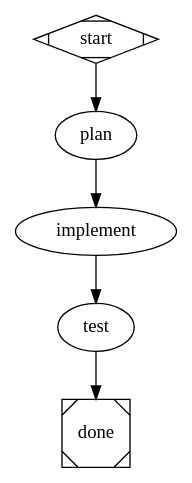
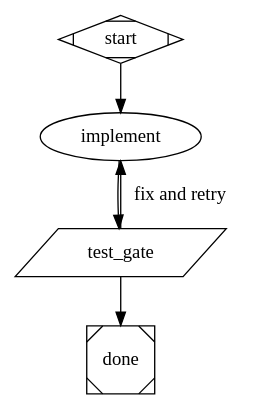
The second of 21 diagrams in docs/DOT-AUTHORING-GUIDE.md (microsoft/amplifier-bundle-attractor), drawn with Graphviz before and after one commit. The commit also changed other lines of this file and 3 other files, not shown here.

First line of the commit message:
docs(doctrine): node contract, control-plane vs recipe-plane, goal_gate-on-evidence, five live-run lessons

````diff
--- a/docs/DOT-AUTHORING-GUIDE.md
+++ b/docs/DOT-AUTHORING-GUIDE.md
@@ -45,17 +78,18 @@
 ```dot
 digraph {
     graph [
         goal="Build a Python add(a,b) function with pytest tests",
         default_fidelity="full",
         default_thread_id="dev"
     ]
 
     start     [shape=Mdiamond]
-    plan      [prompt="List 3 steps to create: $goal. Be brief."]
-    implement [prompt="Create calculator.py with add(a,b). Include type hints.", goal_gate=true]
-    test      [prompt="Write pytest tests for calculator.py and run them."]
+    implement [prompt="Create or improve calculator.py with add(a,b) and pytest tests in test_calculator.py, to satisfy: $goal. If test_output.txt exists, read it -- it holds the latest test results."]
+    test_gate [shape=parallelogram, tool_command="pytest -q test_calculator.py > test_output.txt 2>&1", goal_gate=true]
     done      [shape=Msquare]
 
-    start -> plan -> implement -> test -> done
+    start -> implement -> test_gate
+    test_gate -> done          [condition="outcome=success"]
+    test_gate -> implement     [condition="outcome=fail", label="fix and retry"]
 }
 ```
````
